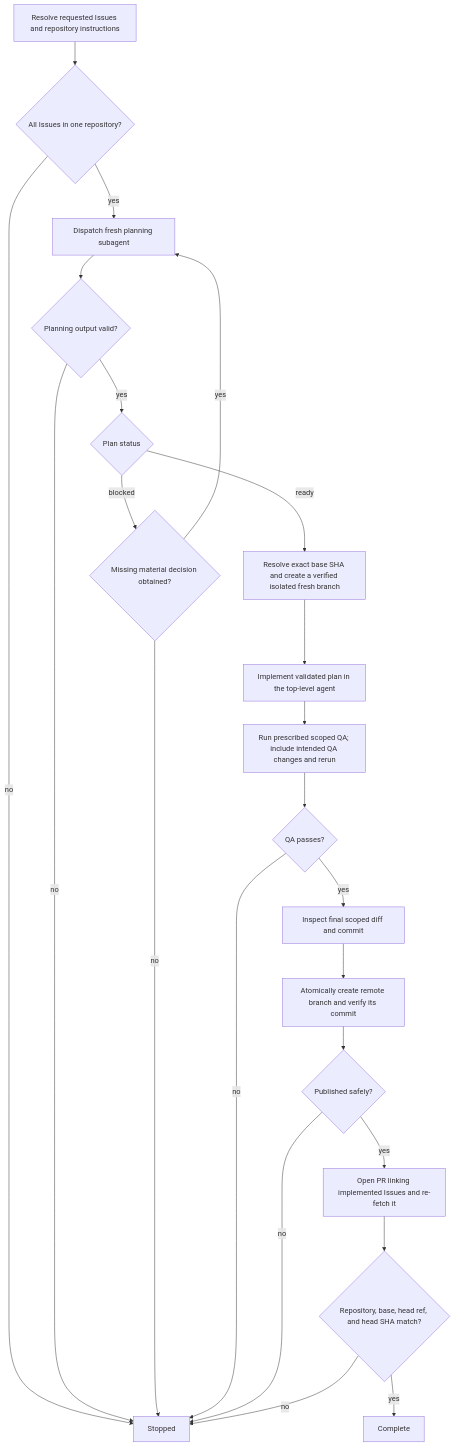
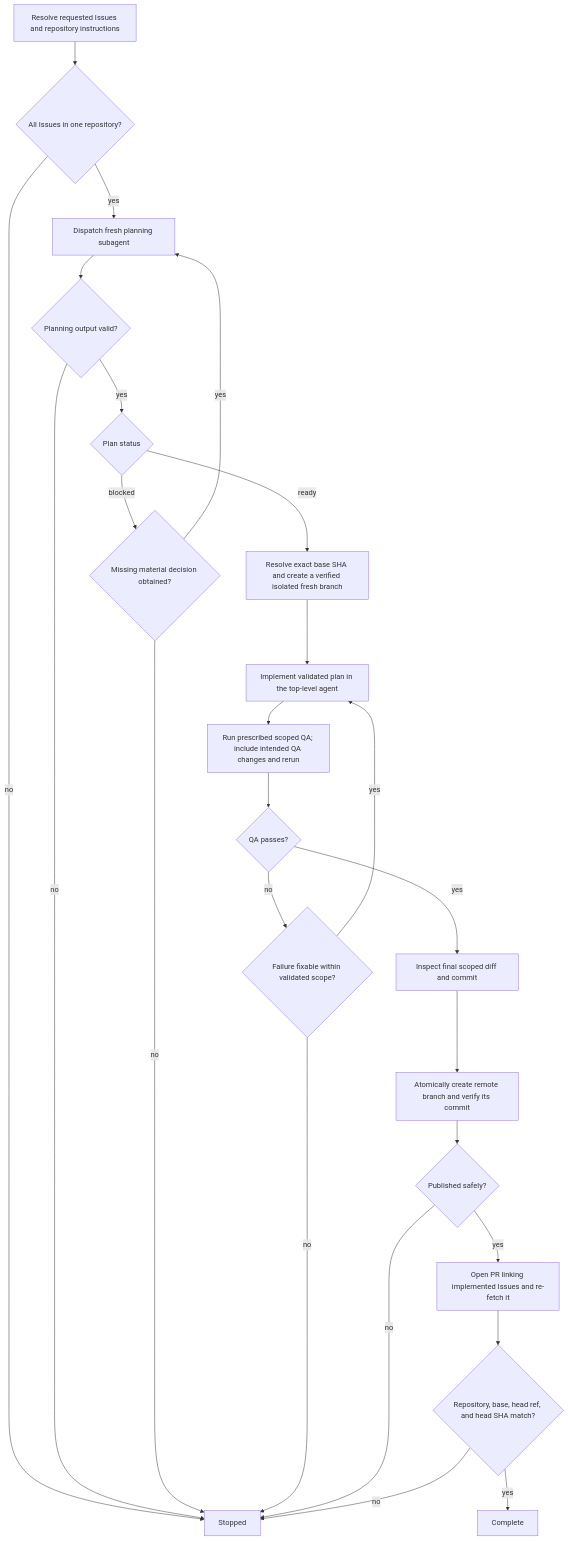
One commit to dceoy/pr-loop changed the diagram in skills/issue-to-pr/SKILL.md. Above: the diagram before and after it, drawn with Mermaid. The commit also changed other lines of this file, not shown here.

Commit message:
Restore QA retry flow in issue-to-pr

````diff
--- a/skills/issue-to-pr/SKILL.md
+++ b/skills/issue-to-pr/SKILL.md
@@ -35,25 +35,27 @@
 ```mermaid
 flowchart TD
   A[Resolve requested Issues and repository instructions] --> B{All Issues in one repository?}
   B -->|no| X[Stopped]
   B -->|yes| C[Dispatch fresh planning subagent]
   C --> D{Planning output valid?}
   D -->|no| X
   D -->|yes| E{Plan status}
   E -->|blocked| F{Missing material decision obtained?}
   F -->|yes| C
   F -->|no| X
   E -->|ready| G[Resolve exact base SHA and create a verified isolated fresh branch]
   G --> H[Implement validated plan in the top-level agent]
   H --> I[Run prescribed scoped QA; include intended QA changes and rerun]
   I --> J{QA passes?}
-  J -->|no| X
+  J -->|no| Q{Failure fixable within validated scope?}
+  Q -->|yes| H
+  Q -->|no| X
   J -->|yes| K[Inspect final scoped diff and commit]
   K --> L[Atomically create remote branch and verify its commit]
   L --> M{Published safely?}
   M -->|no| X
   M -->|yes| N[Open PR linking implemented Issues and re-fetch it]
   N --> O{Repository, base, head ref, and head SHA match?}
   O -->|no| X
   O -->|yes| P[Complete]
 ```
````
